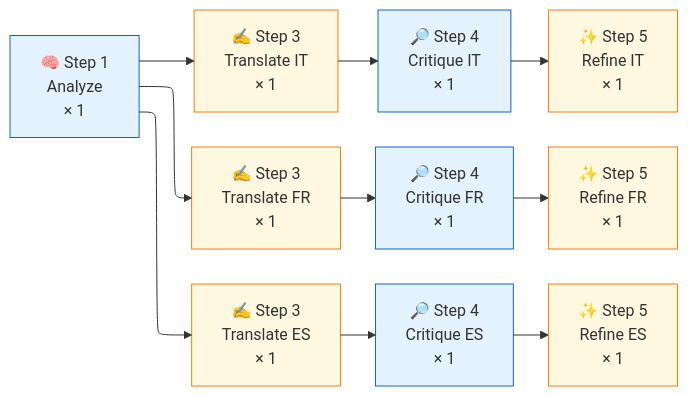
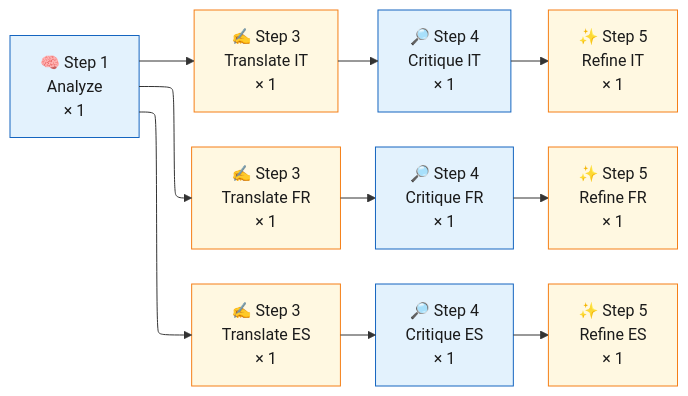
One commit to Librefolio/LibreFolio changed the fourth of 4 diagrams in mkdocs_src/docs/developer/docs/translation-pipeline.md. Above: the diagram before and after it, drawn with Mermaid. The commit also changed other lines of this file and 2 other files, not shown here.

Commit message:
fix(docs): diagram text colour in the backend and docs pipeline pages

````diff
--- a/mkdocs_src/docs/developer/docs/translation-pipeline.md
+++ b/mkdocs_src/docs/developer/docs/translation-pipeline.md
@@ -376,29 +376,29 @@
 ```mermaid
 ---
 config:
   layout: elk
 ---
 graph LR
     A1["🧠 Step 1\nAnalyze\n× 1"] --> T1["✍️ Step 3\nTranslate IT\n× 1"]
     A1 --> T2["✍️ Step 3\nTranslate FR\n× 1"]
     A1 --> T3["✍️ Step 3\nTranslate ES\n× 1"]
 
     T1 --> C1["🔎 Step 4\nCritique IT\n× 1"]
     T2 --> C2["🔎 Step 4\nCritique FR\n× 1"]
     T3 --> C3["🔎 Step 4\nCritique ES\n× 1"]
 
     C1 --> R1["✨ Step 5\nRefine IT\n× 1"]
     C2 --> R2["✨ Step 5\nRefine FR\n× 1"]
     C3 --> R3["✨ Step 5\nRefine ES\n× 1"]
 
-    style A1 fill:#e3f2fd,stroke:#1565c0
-    style T1 fill:#fff8e1,stroke:#f57f17
-    style T2 fill:#fff8e1,stroke:#f57f17
-    style T3 fill:#fff8e1,stroke:#f57f17
-    style C1 fill:#e3f2fd,stroke:#1565c0
-    style C2 fill:#e3f2fd,stroke:#1565c0
-    style C3 fill:#e3f2fd,stroke:#1565c0
-    style R1 fill:#fff8e1,stroke:#f57f17
-    style R2 fill:#fff8e1,stroke:#f57f17
-    style R3 fill:#fff8e1,stroke:#f57f17
+    style A1 fill:#e3f2fd,color:#1b1b1b,stroke:#1565c0
+    style T1 fill:#fff8e1,color:#1b1b1b,stroke:#f57f17
+    style T2 fill:#fff8e1,color:#1b1b1b,stroke:#f57f17
+    style T3 fill:#fff8e1,color:#1b1b1b,stroke:#f57f17
+    style C1 fill:#e3f2fd,color:#1b1b1b,stroke:#1565c0
+    style C2 fill:#e3f2fd,color:#1b1b1b,stroke:#1565c0
+    style C3 fill:#e3f2fd,color:#1b1b1b,stroke:#1565c0
+    style R1 fill:#fff8e1,color:#1b1b1b,stroke:#f57f17
+    style R2 fill:#fff8e1,color:#1b1b1b,stroke:#f57f17
+    style R3 fill:#fff8e1,color:#1b1b1b,stroke:#f57f17
 ```
````
